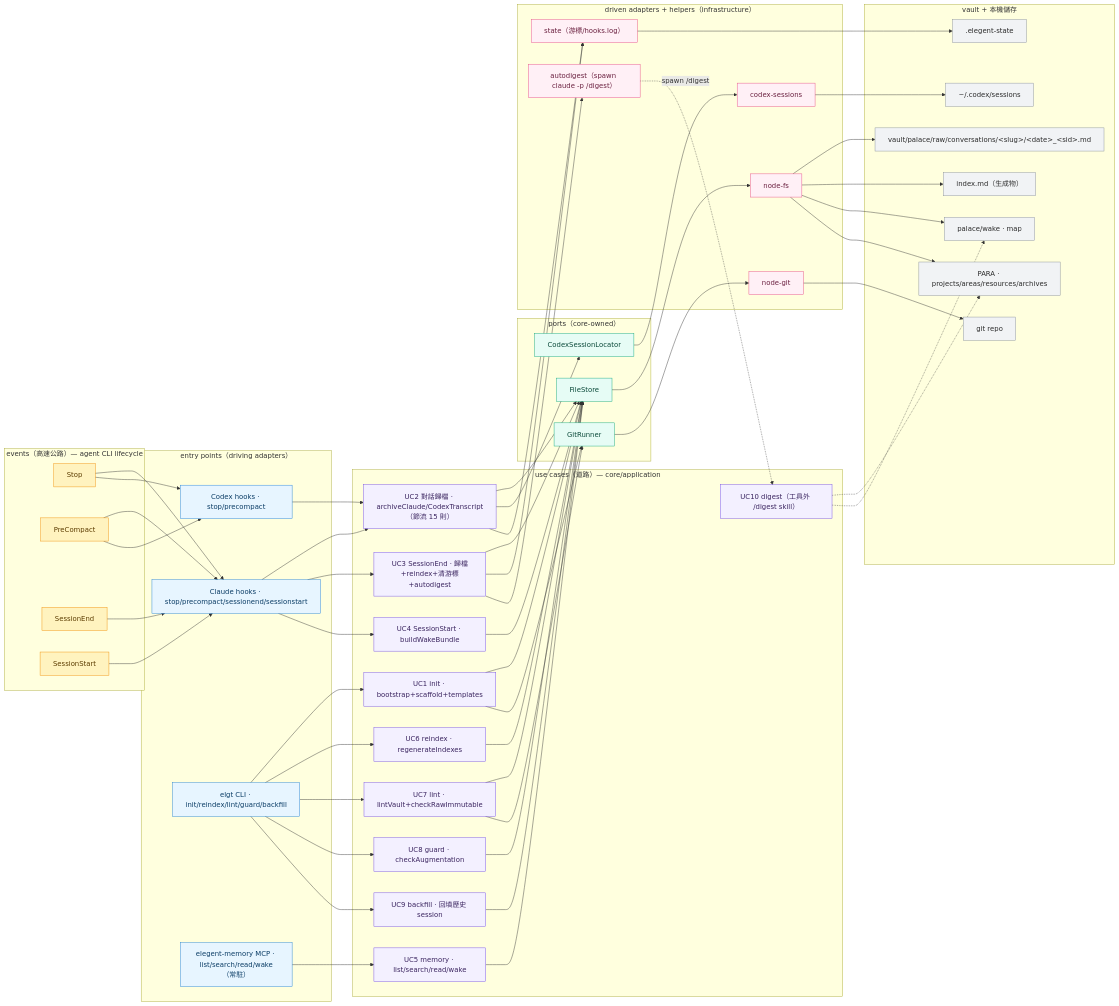
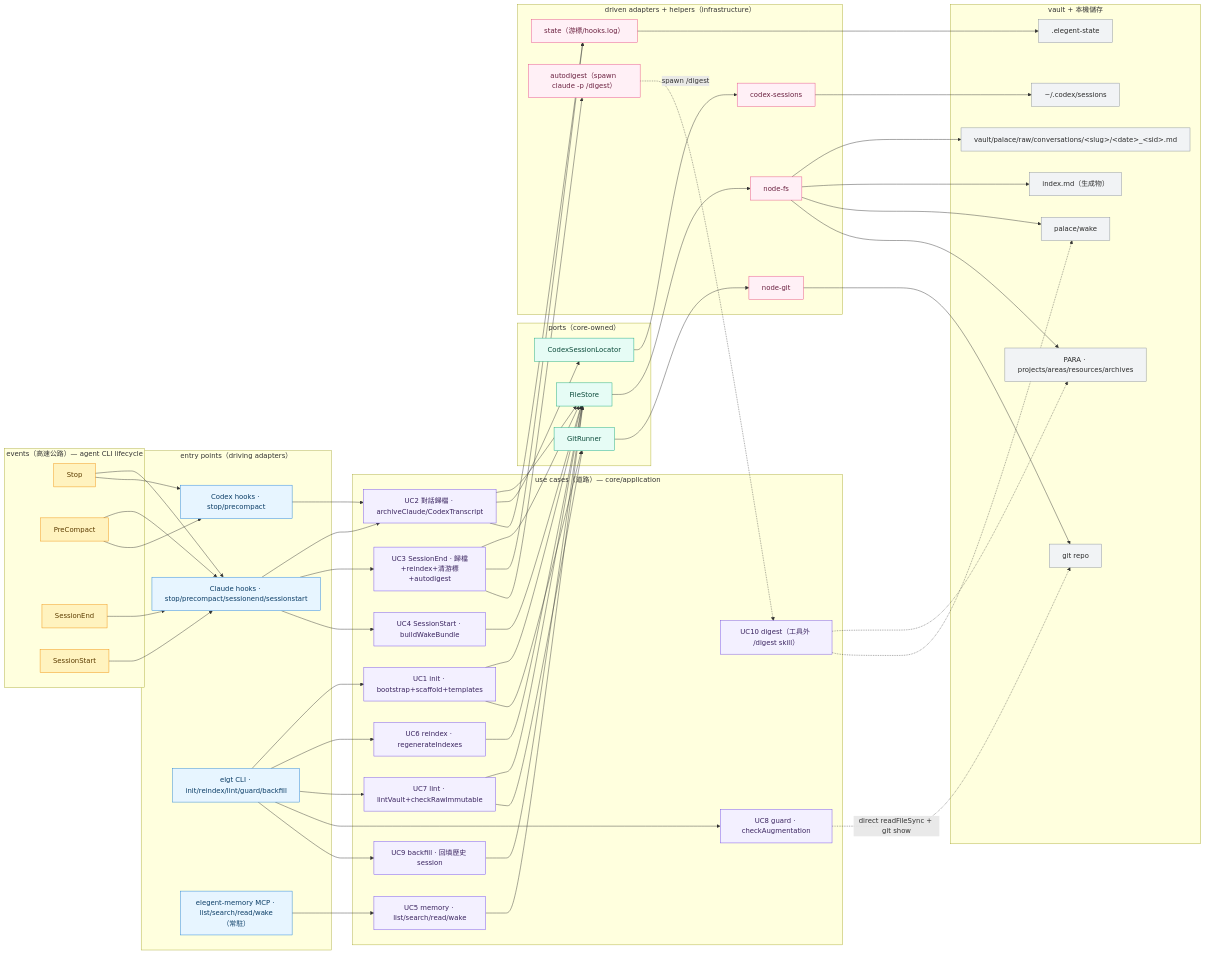
Before and after one commit to neokn/elegent: the diagram in docs/architecture/application-map.md, drawn with Mermaid. The commit also changed other lines of this file and 4 other files, not shown here.

```diff
--- a/docs/architecture/application-map.md
+++ b/docs/architecture/application-map.md
@@ -23,7 +23,7 @@
 
     subgraph UC["use cases（道路）— core/application"]
         UC1["UC1 init · bootstrap+scaffold+templates"]
-        UC2["UC2 對話歸檔 · archiveClaude/CodexTranscript（節流 15 則）"]
+        UC2["UC2 對話歸檔 · archiveClaude/CodexTranscript"]
         UC3["UC3 SessionEnd · 歸檔+reindex+清游標+autodigest"]
         UC4["UC4 SessionStart · buildWakeBundle"]
         UC5["UC5 memory · list/search/read/wake"]
@@ -51,7 +51,7 @@
     subgraph VS["vault + 本機儲存"]
         V_raw["vault/palace/raw/conversations/&lt;slug&gt;/&lt;date&gt;_&lt;sid&gt;.md"]
         V_idx["index.md（生成物）"]
-        V_wake["palace/wake · map"]
+        V_wake["palace/wake"]
         V_para["PARA · projects/areas/resources/archives"]
         S_cx["~/.codex/sessions"]
         S_state[".elegent-state"]
@@ -86,7 +86,6 @@
     UC6 --> PT_fs
     UC7 --> PT_fs
     UC7 --> PT_git
-    UC8 --> PT_fs
     UC9 --> PT_fs
 
     UC2 --> AD_st
@@ -104,6 +103,7 @@
     AD_git --> G_repo
     AD_cx --> S_cx
     AD_st --> S_state
+    UC8 -.->|"direct readFileSync + git show"| G_repo
 
     AD_dg -.->|"spawn /digest"| UC10
     UC10 -.-> V_para
```
